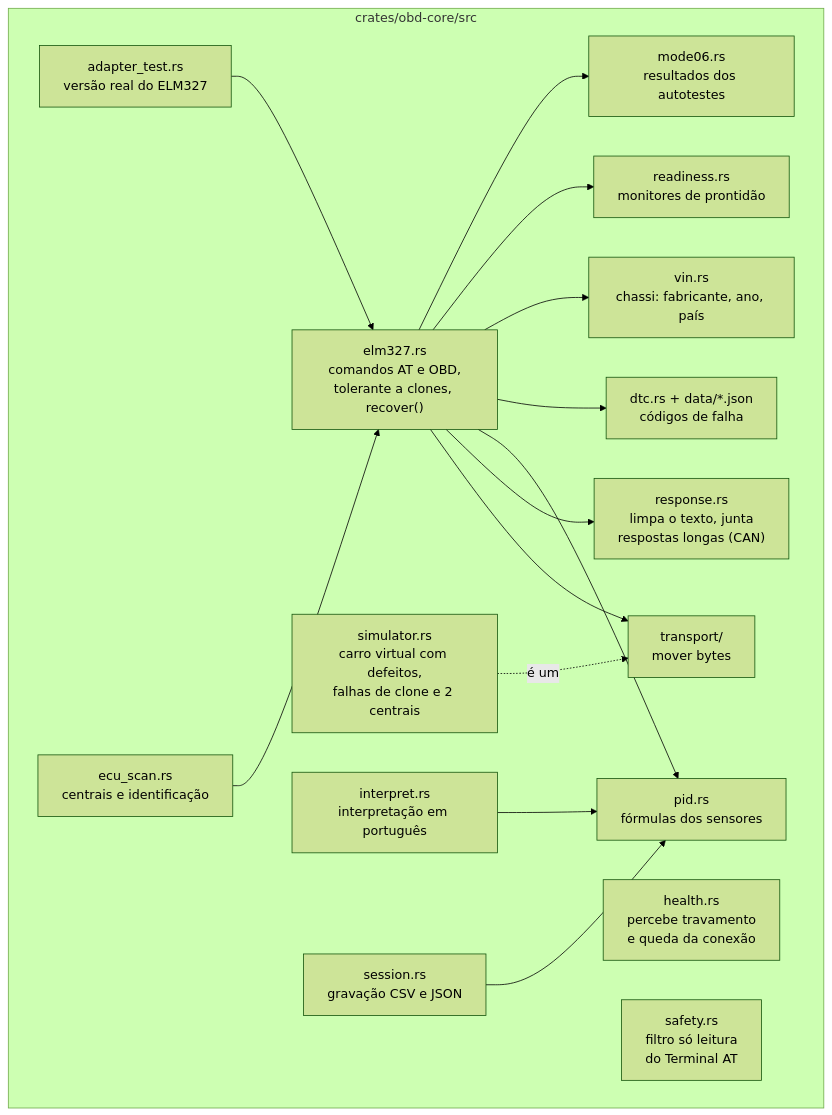
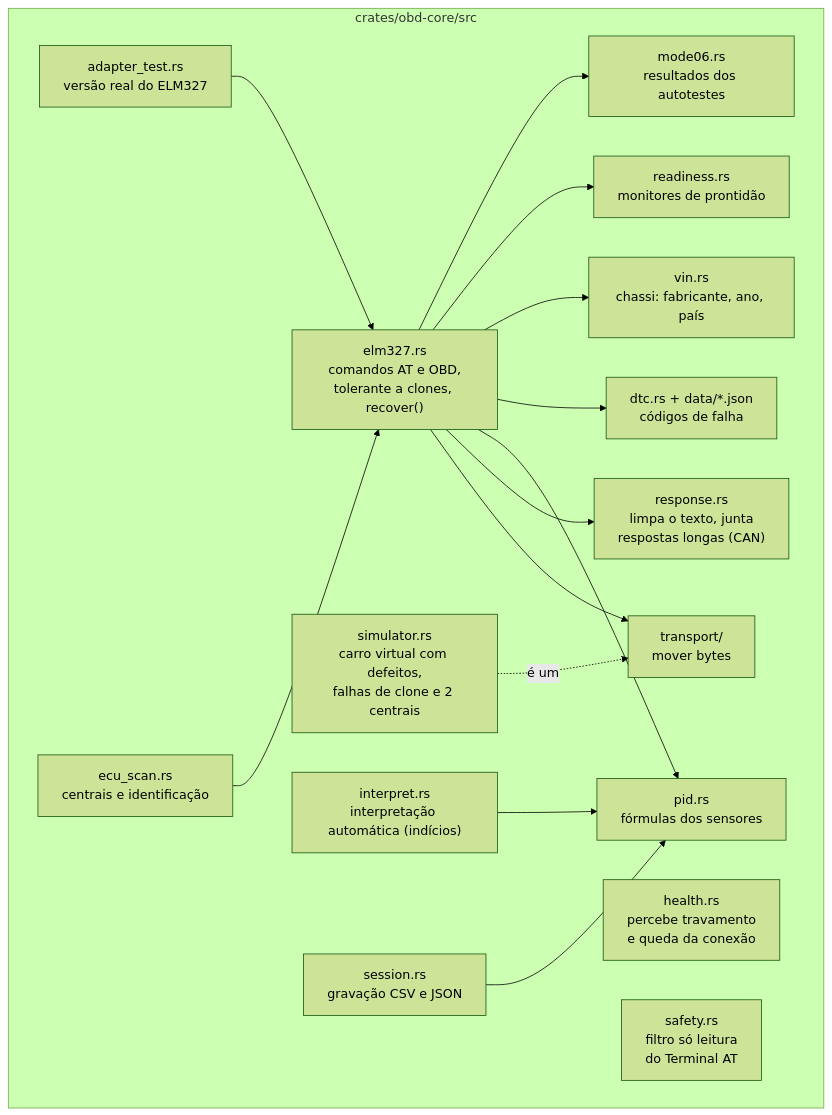
The fourth of 12 diagrams in docs/DIAGRAMAS.md (samuvieceli/obd2-scanner), drawn with Mermaid (forest theme) before and after one commit. The commit also changed 7 other files, not shown here.

First line of the commit message:
Interpretação automática: novas regras seguras e menos alarme falso

````diff
--- a/docs/DIAGRAMAS.md
+++ b/docs/DIAGRAMAS.md
@@ -107,28 +107,28 @@
 ```mermaid
 flowchart TB
     subgraph core["crates/obd-core/src"]
         transport["transport/<br/>mover bytes"]
         elm327["elm327.rs<br/>comandos AT e OBD,<br/>tolerante a clones, recover()"]
         response["response.rs<br/>limpa o texto, junta<br/>respostas longas (CAN)"]
         health["health.rs<br/>percebe travamento<br/>e queda da conexão"]
         pid["pid.rs<br/>fórmulas dos sensores"]
         dtc["dtc.rs + data/*.json<br/>códigos de falha"]
         vin["vin.rs<br/>chassi: fabricante, ano, país"]
         readiness["readiness.rs<br/>monitores de prontidão"]
         mode06["mode06.rs<br/>resultados dos autotestes"]
-        interpret["interpret.rs<br/>interpretação em português"]
+        interpret["interpret.rs<br/>interpretação automática (indícios)"]
         session["session.rs<br/>gravação CSV e JSON"]
         simulator["simulator.rs<br/>carro virtual com defeitos,<br/>falhas de clone e 2 centrais"]
         adaptertest["adapter_test.rs<br/>versão real do ELM327"]
         ecuscan["ecu_scan.rs<br/>centrais e identificação"]
         safety["safety.rs<br/>filtro só leitura<br/>do Terminal AT"]
     end
     adaptertest --> elm327
     ecuscan --> elm327
     elm327 --> transport
     elm327 --> response
     elm327 --> pid & dtc & vin & readiness & mode06
     simulator -. "é um" .-> transport
     interpret --> pid
     session --> pid
 ```
````
